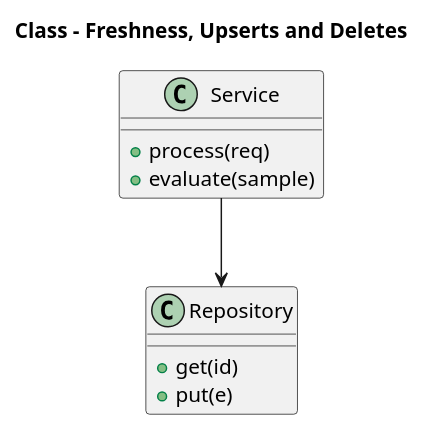
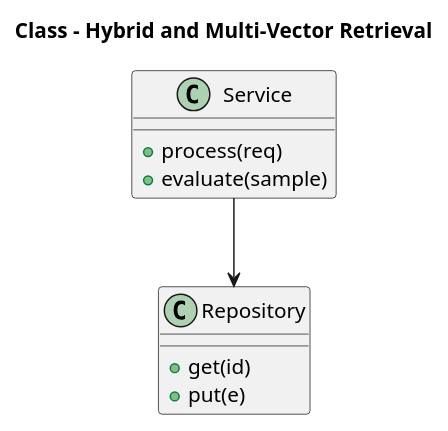
The diagram in content/vector-databases/vector-databases-foundations/diagrams/fig-009-class.puml (ankit05121980/AI-University), drawn with PlantUML before and after one commit. The commit also changed 408 other files, not shown here.

First line of the commit message:
Chapter-paginated reader, fix horizontal scroll, richer diagrams + UI

```diff
--- a/content/vector-databases/vector-databases-foundations/diagrams/fig-009-class.puml
+++ b/content/vector-databases/vector-databases-foundations/diagrams/fig-009-class.puml
@@ -1,12 +1,12 @@
 @startuml
-title Class - Freshness, Upserts and Deletes
+title Class - Hybrid and Multi-Vector Retrieval
 class Service {
   +process(req)
   +evaluate(sample)
 }
 class Repository {
   +get(id)
   +put(e)
 }
 Service --> Repository
 @enduml
```
